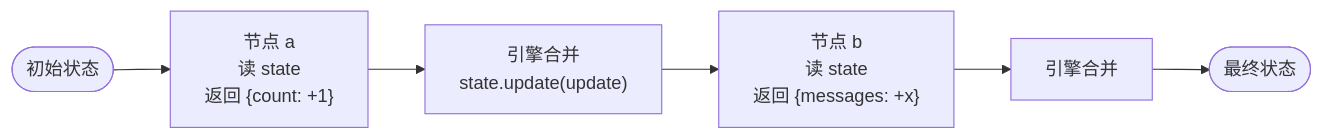
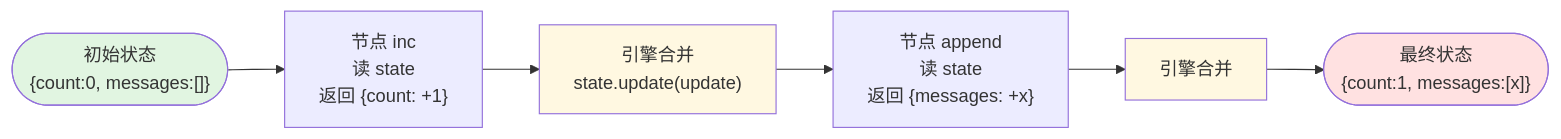
Before and after one commit to wanglh39/langgraph: the first of 2 diagrams in docs/stages/stage_2_state.md, drawn with Mermaid. The commit also changed other lines of this file and 16 other files, not shown here.

````diff
--- a/docs/stages/stage_2_state.md
+++ b/docs/stages/stage_2_state.md
@@ -39,8 +56,13 @@
 ```mermaid
 graph LR
-    S([初始状态]) --> A["节点 a<br/>读 state<br/>返回 {count: +1}"]
+    S(["初始状态<br/>{count:0, messages:[]}"]) --> A["节点 inc<br/>读 state<br/>返回 {count: +1}"]
     A --> M["引擎合并<br/>state.update(update)"]
-    M --> B["节点 b<br/>读 state<br/>返回 {messages: +x}"]
+    M --> B["节点 append<br/>读 state<br/>返回 {messages: +x}"]
     B --> M2["引擎合并"]
-    M2 --> E([最终状态])
+    M2 --> E(["最终状态<br/>{count:1, messages:[x]}"])
+    
+    style S fill:#e1f5e1
+    style E fill:#ffe1e1
+    style M fill:#fff8e1
+    style M2 fill:#fff8e1
 ```
````
